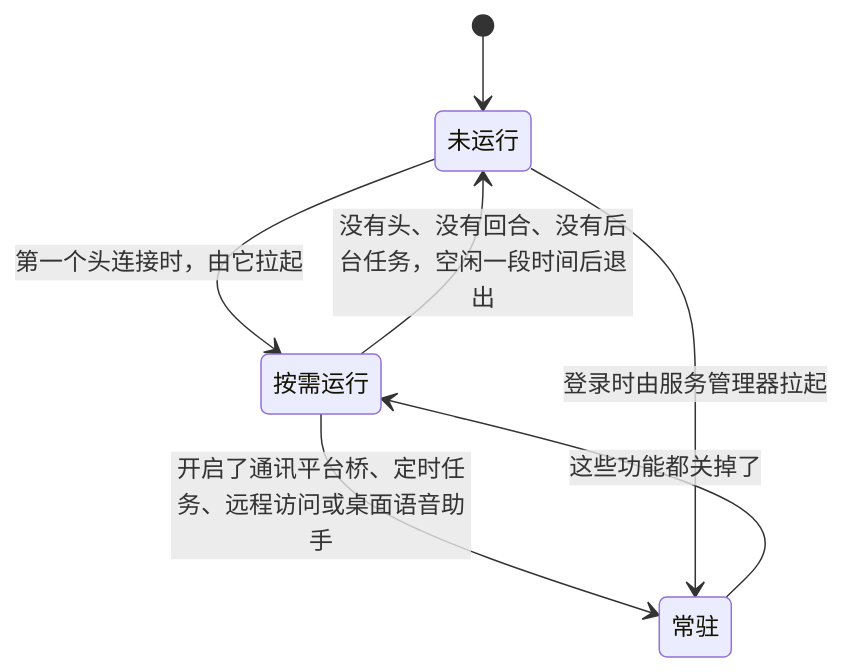
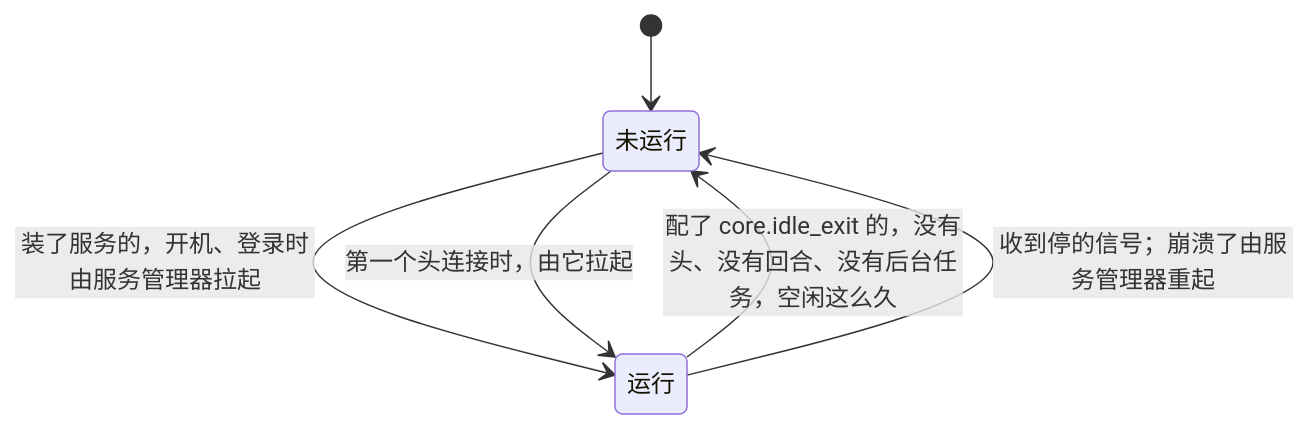
One commit to miyu-agent/miyu changed the second of 3 diagrams in docs/designs/12-进程形态与分发.md. Above: the diagram before and after it, drawn with Mermaid. The commit also changed other lines of this file and 38 other files, not shown here.

````diff
--- a/docs/designs/12-进程形态与分发.md
+++ b/docs/designs/12-进程形态与分发.md
@@ -41,12 +41,10 @@
 ```mermaid
 stateDiagram-v2
     state "未运行" as Down
-    state "按需运行" as OnDemand
-    state "常驻" as Resident
+    state "运行" as Up
     [*] --> Down
-    Down --> OnDemand: 第一个头连接时，由它拉起
-    OnDemand --> Down: 没有头、没有回合、没有后台任务，空闲一段时间后退出
-    OnDemand --> Resident: 开启了通讯平台桥、定时任务、远程访问或桌面语音助手
-    Resident --> OnDemand: 这些功能都关掉了
-    Down --> Resident: 登录时由服务管理器拉起
+    Down --> Up: 装了服务的，开机、登录时由服务管理器拉起
+    Down --> Up: 第一个头连接时，由它拉起
+    Up --> Down: 配了 core.idle_exit 的，没有头、没有回合、没有后台任务，空闲这么久
+    Up --> Down: 收到停的信号；崩溃了由服务管理器重起
 ```
````
